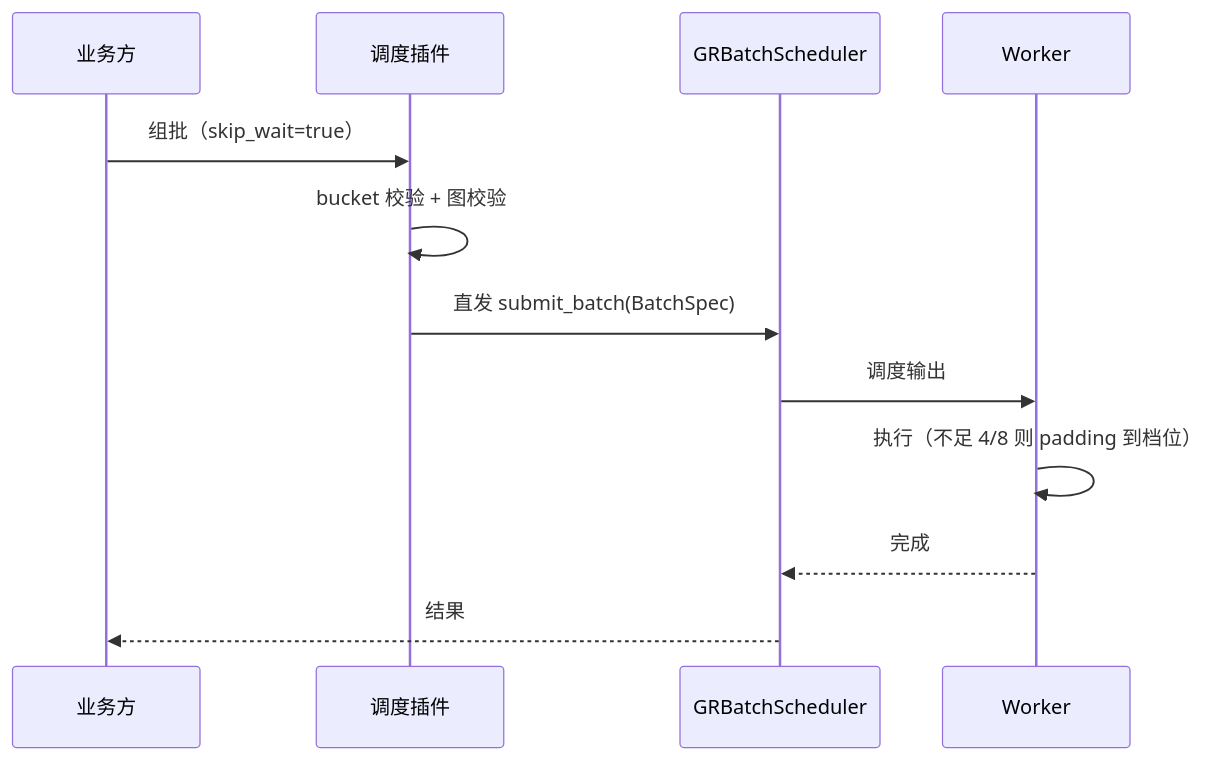
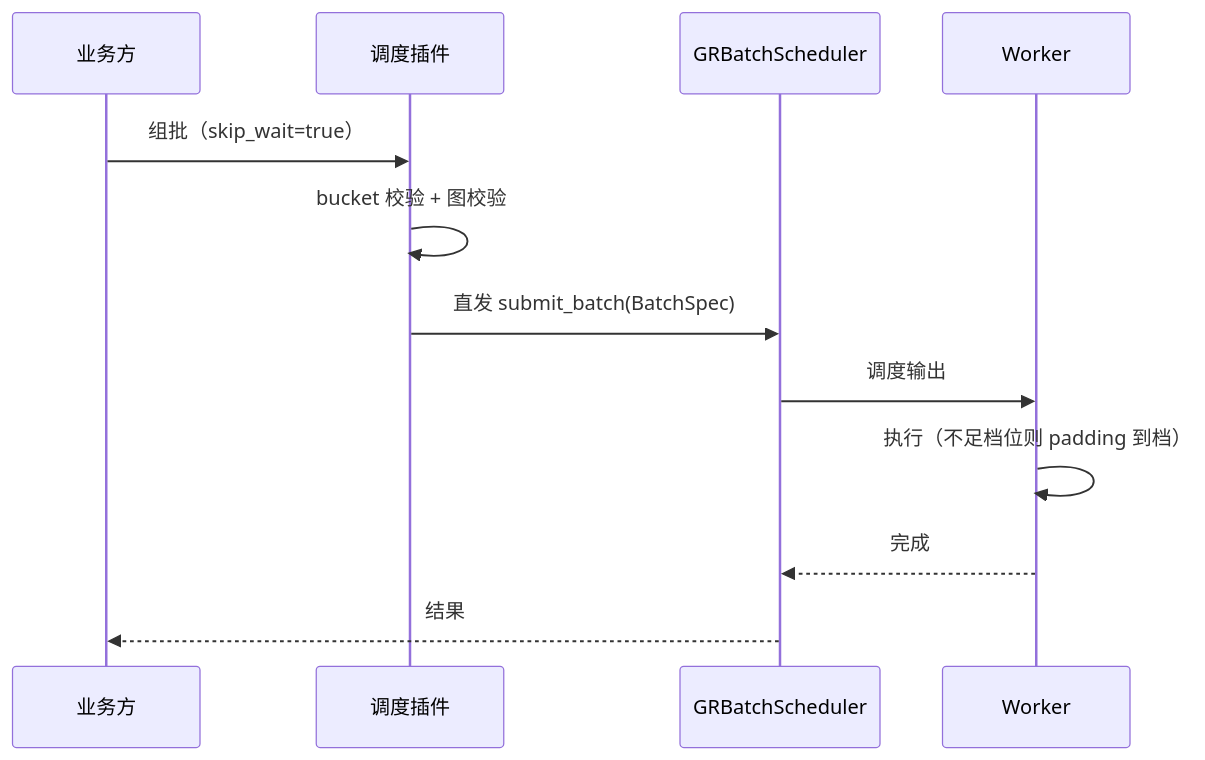
Before and after one commit to ZhiYunpenghuawei/p1: the fourth of 5 diagrams in scheduler_design.md, drawn with Mermaid. The commit also changed other lines of this file, not shown here.

````diff
--- a/scheduler_design.md
+++ b/scheduler_design.md
@@ -320,15 +356,15 @@
 ```mermaid
 sequenceDiagram
     participant U as 业务方
     participant P as 调度插件
     participant S as GRBatchScheduler
     participant W as Worker
 
     U->>P: 组批（skip_wait=true）
     P->>P: bucket 校验 + 图校验
     P->>S: 直发 submit_batch(BatchSpec)
     S->>W: 调度输出
-    W->>W: 执行（不足 4/8 则 padding 到档位）
+    W->>W: 执行（不足档位则 padding 到档）
     W-->>S: 完成
     S-->>U: 结果
 ```
````
